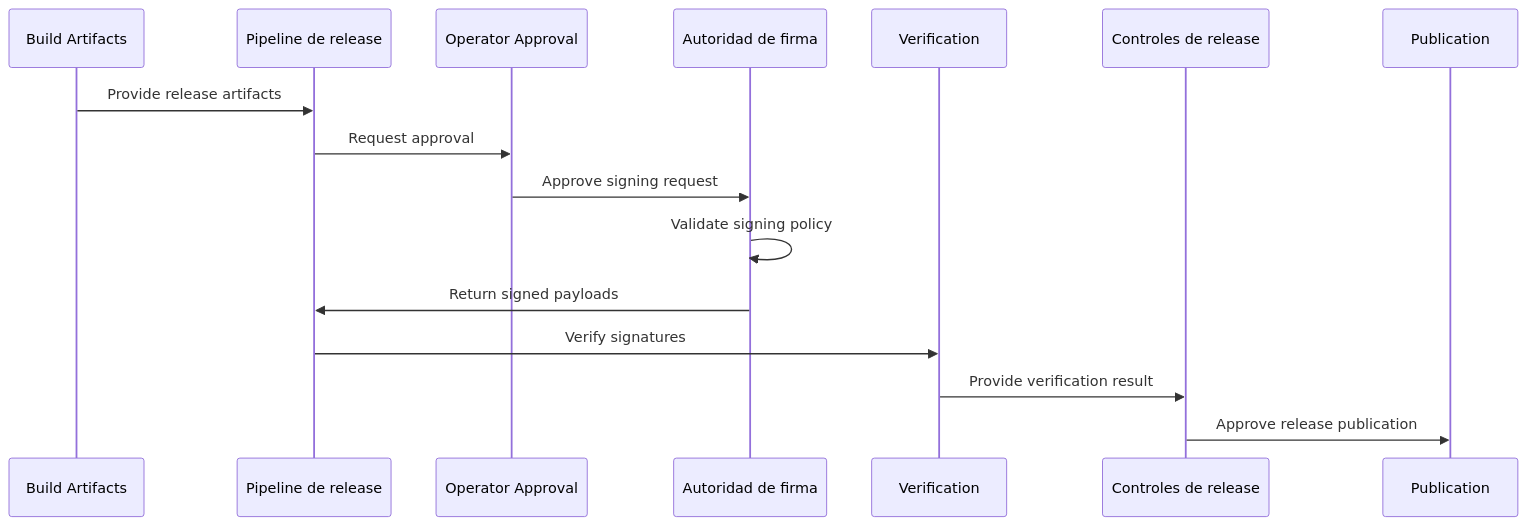
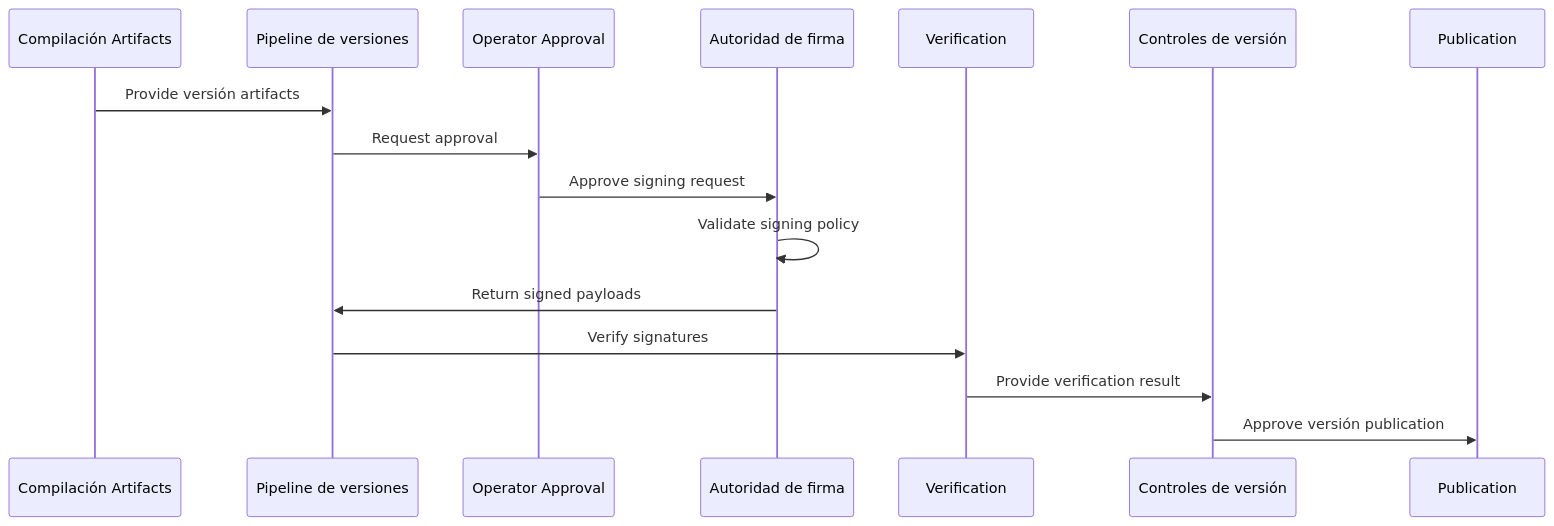
One commit to enigm-llc/docs changed the second of 3 diagrams in es/os/ota-security.mdx. Above: the diagram before and after it, drawn with Mermaid. The commit also changed other lines of this file and 41 other files, not shown here.

````diff
--- a/es/os/ota-security.mdx
+++ b/es/os/ota-security.mdx
@@ -256,19 +256,19 @@
 ```mermaid
 sequenceDiagram
-  participant Build as Build Artifacts
-  participant Pipeline as Pipeline de release
+  participant Compilación as Compilación Artifacts
+  participant Pipeline as Pipeline de versiones
   participant Operator as Operator Approval
   participant Authority as Autoridad de firma
   participant Verify as Verification
-  participant Gates as Controles de release
+  participant Gates as Controles de versión
   participant Publish as Publication
 
-  Build->>Pipeline: Provide release artifacts
+  Compilación->>Pipeline: Provide versión artifacts
   Pipeline->>Operator: Request approval
   Operator->>Authority: Approve signing request
   Authority->>Authority: Validate signing policy
   Authority->>Pipeline: Return signed payloads
   Pipeline->>Verify: Verify signatures
   Verify->>Gates: Provide verification result
-  Gates->>Publish: Approve release publication
+  Gates->>Publish: Approve versión publication
 ```
````
